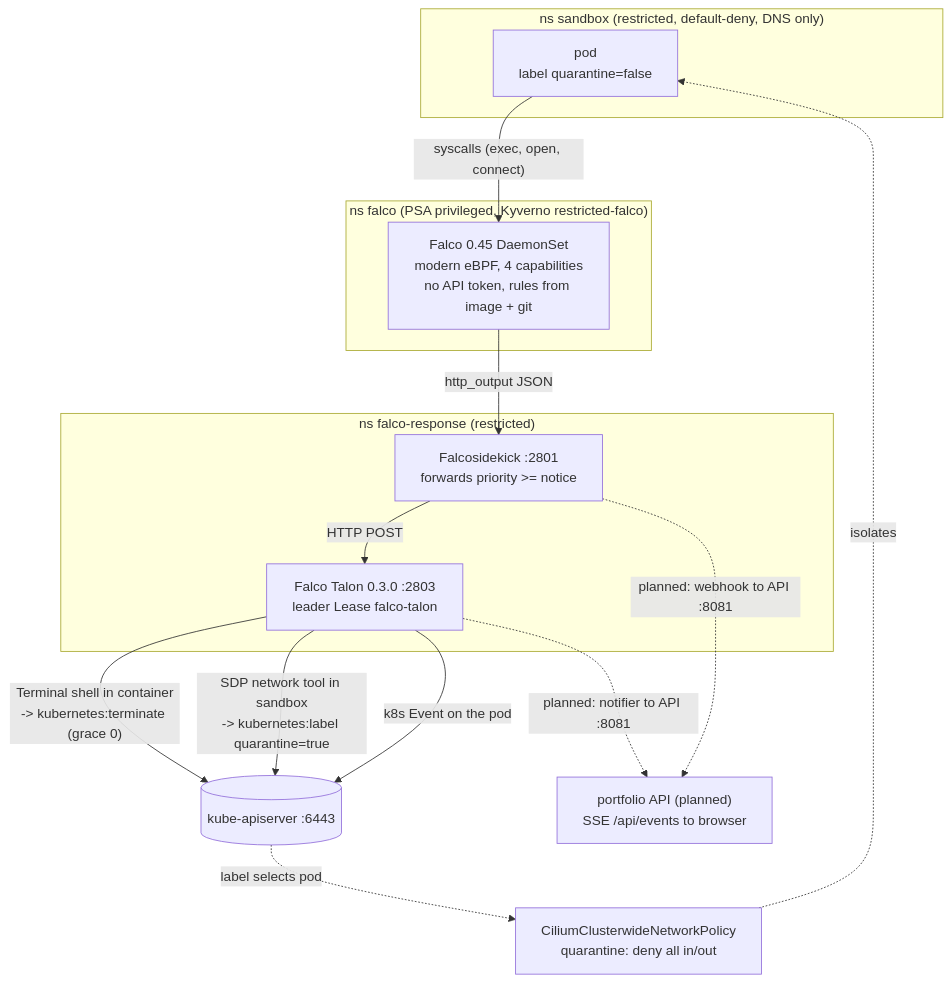
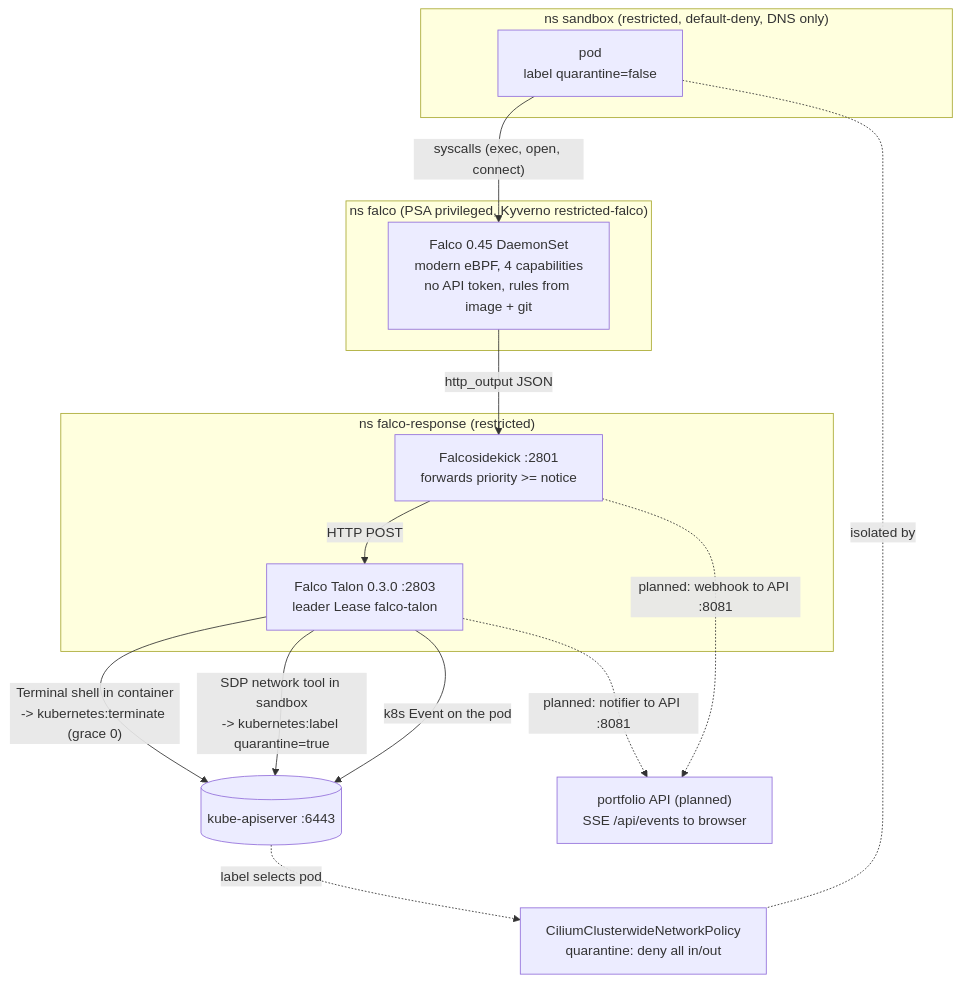
Before and after one commit to HubertMJ/self-defending-portfolio: the fourth of 5 diagrams in docs/architecture/README.md, drawn with Mermaid.

Commit message:
docs: detection diagram reads top-down (pod to sensor to response)

````diff
--- a/docs/architecture/README.md
+++ b/docs/architecture/README.md
@@ -182,25 +182,25 @@
 ```mermaid
 flowchart TB
     subgraph NS_SB["ns sandbox (restricted, default-deny, DNS only)"]
         P["pod<br/>label quarantine=false"]
     end
     subgraph NS_FALCO["ns falco (PSA privileged, Kyverno restricted-falco)"]
         F["Falco 0.45 DaemonSet<br/>modern eBPF, 4 capabilities<br/>no API token, rules from image + git"]
     end
     subgraph NS_FR["ns falco-response (restricted)"]
         SK["Falcosidekick :2801<br/>forwards priority >= notice"]
         TA["Falco Talon 0.3.0 :2803<br/>leader Lease falco-talon"]
     end
     K8S[("kube-apiserver :6443")]
     Q["CiliumClusterwideNetworkPolicy<br/>quarantine: deny all in/out"]
     P -- "syscalls (exec, open, connect)" --> F
     F -- "http_output JSON" --> SK
     SK -- "HTTP POST" --> TA
     TA -- "Terminal shell in container<br/>-> kubernetes:terminate (grace 0)" --> K8S
     TA -- "SDP network tool in sandbox<br/>-> kubernetes:label quarantine=true" --> K8S
     TA -- "k8s Event on the pod" --> K8S
     K8S -. "label selects pod" .-> Q
-    Q -. "isolates" .-> P
+    P -. "isolated by" .- Q
     SK -. "planned: webhook to API :8081" .-> API["portfolio API (planned)<br/>SSE /api/events to browser"]
     TA -. "planned: notifier to API :8081" .-> API
 ```
````
